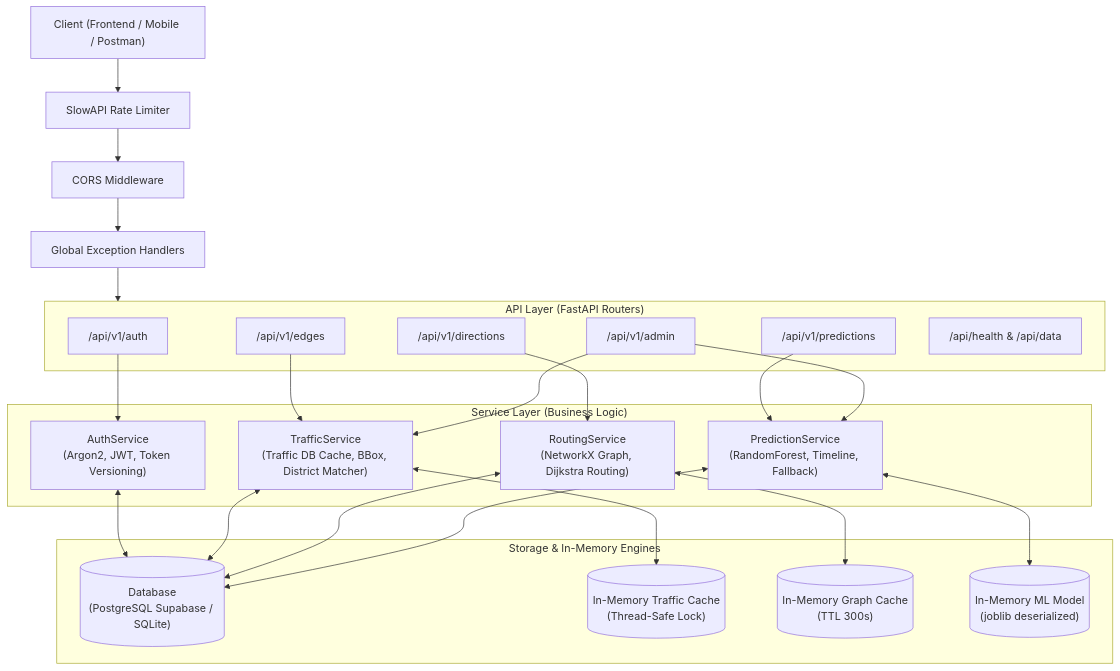
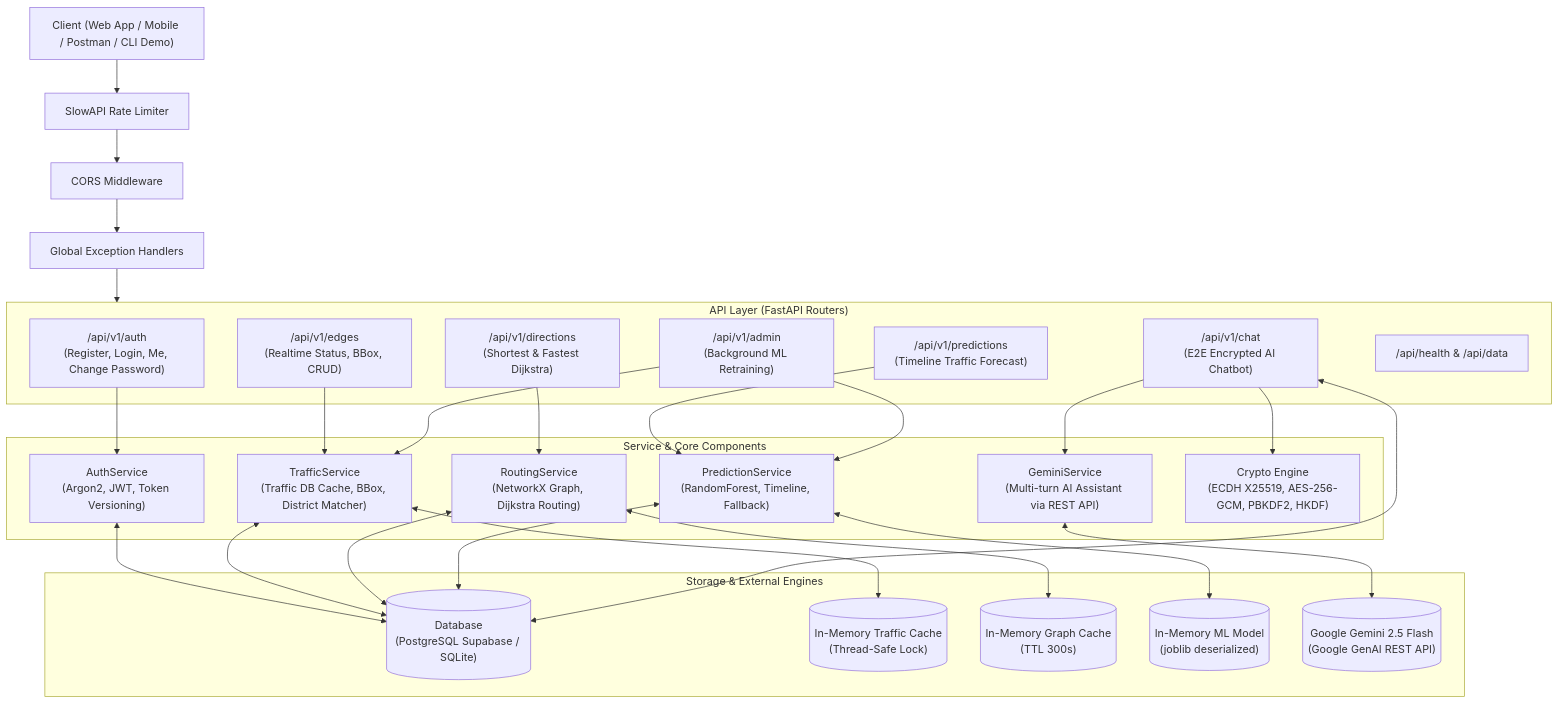
Before and after one commit to HungNguyen254/TRAFFIC_SYSTEM_BE: the first of 8 diagrams in README.md, drawn with Mermaid. The commit also changed other lines of this file and 4 other files, not shown here.

````diff
--- a/README.md
+++ b/README.md
@@ -36,45 +44,53 @@
 ```mermaid
 flowchart TD
-    Client["Client (Frontend / Mobile / Postman)"] --> RateLimiter["SlowAPI Rate Limiter"]
+    Client["Client (Web App / Mobile / Postman / CLI Demo)"] --> RateLimiter["SlowAPI Rate Limiter"]
     RateLimiter --> CORSMiddleware["CORS Middleware"]
     CORSMiddleware --> ExceptionHandler["Global Exception Handlers"]
     
     subgraph APILayer ["API Layer (FastAPI Routers)"]
-        R_Auth["/api/v1/auth"]
-        R_Edges["/api/v1/edges"]
-        R_Directions["/api/v1/directions"]
-        R_Predictions["/api/v1/predictions"]
-        R_Admin["/api/v1/admin"]
+        R_Auth["/api/v1/auth\n(Register, Login, Me, Change Password)"]
+        R_Edges["/api/v1/edges\n(Realtime Status, BBox, CRUD)"]
+        R_Directions["/api/v1/directions\n(Shortest & Fastest Dijkstra)"]
+        R_Predictions["/api/v1/predictions\n(Timeline Traffic Forecast)"]
+        R_Chat["/api/v1/chat\n(E2E Encrypted AI Chatbot)"]
+        R_Admin["/api/v1/admin\n(Background ML Retraining)"]
         R_System["/api/health & /api/data"]
     end
     ExceptionHandler --> APILayer
 
-    subgraph ServiceLayer ["Service Layer (Business Logic)"]
+    subgraph ServiceAndCoreLayer ["Service & Core Components"]
         S_Auth["AuthService\n(Argon2, JWT, Token Versioning)"]
         S_Traffic["TrafficService\n(Traffic DB Cache, BBox, District Matcher)"]
         S_Routing["RoutingService\n(NetworkX Graph, Dijkstra Routing)"]
         S_Predict["PredictionService\n(RandomForest, Timeline, Fallback)"]
+        S_Gemini["GeminiService\n(Multi-turn AI Assistant via REST API)"]
+        C_Crypto["Crypto Engine\n(ECDH X25519, AES-256-GCM, PBKDF2, HKDF)"]
     end
     
     R_Auth --> S_Auth
     R_Edges --> S_Traffic
     R_Directions --> S_Routing
     R_Predictions --> S_Predict
+    R_Chat --> C_Crypto
+    R_Chat --> S_Gemini
     R_Admin --> S_Predict
     R_Admin --> S_Traffic
 
-    subgraph DataAndAILayer ["Storage & In-Memory Engines"]
+    subgraph StorageAndExternal ["Storage & External Engines"]
         DB[("Database\n(PostgreSQL Supabase / SQLite)")]
         TrafficCache[("In-Memory Traffic Cache\n(Thread-Safe Lock)")]
         GraphCache[("In-Memory Graph Cache\n(TTL 300s)")]
         MLMemory[("In-Memory ML Model\n(joblib deserialized)")]
+        Ext_Gemini[("Google Gemini 2.5 Flash\n(Google GenAI REST API)")]
     end
 
     S_Auth <--> DB
     S_Traffic <--> DB
     S_Traffic <--> TrafficCache
     S_Routing <--> DB
     S_Routing <--> GraphCache
     S_Predict <--> DB
     S_Predict <--> MLMemory
+    R_Chat <--> DB
+    S_Gemini <--> Ext_Gemini
 ```
````
